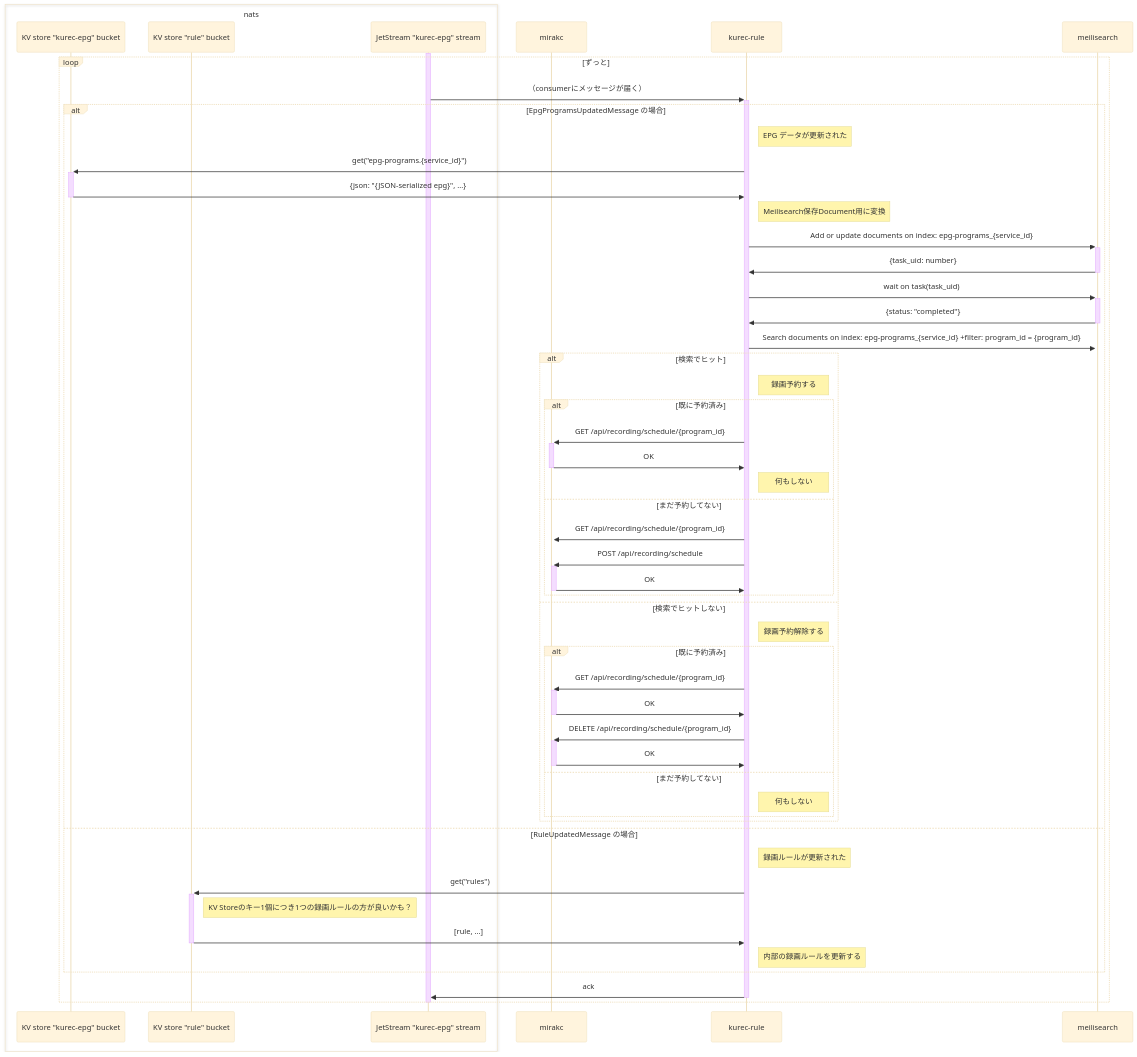
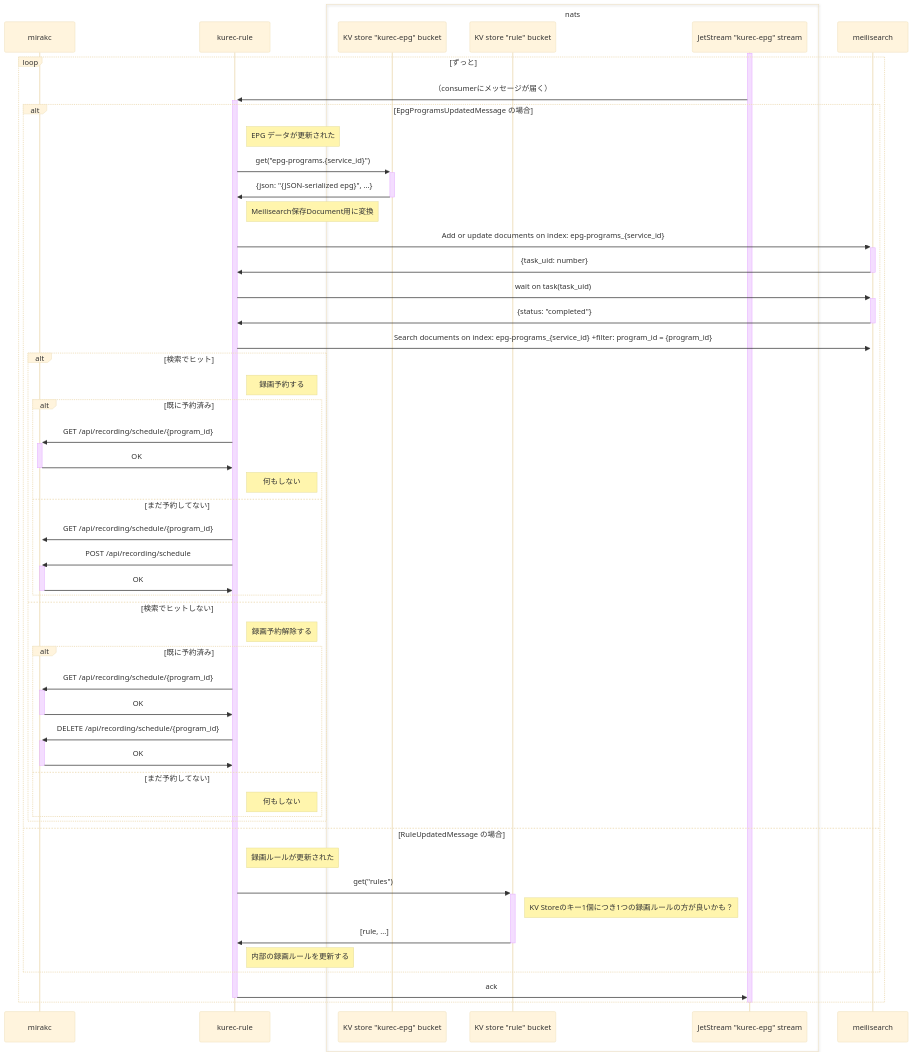
Before and after one commit to kurec-tool/kurec: the second of 3 diagrams in docs/sequence.md, drawn with Mermaid (base theme).

Commit message:
順序入れ替え

````diff
--- a/docs/sequence.md
+++ b/docs/sequence.md
@@ -57,66 +57,67 @@
 ```mermaid
 sequenceDiagram
+
+participant mirakc
+participant kurec-rule
+
 box nats
     participant kv-bucket-epg as KV store "kurec-epg" bucket
     participant kv-bucket-rule as KV store "rule" bucket
     participant js-epg as JetStream "kurec-epg" stream
 end
-
-participant mirakc
-participant kurec-rule
 
 participant meilisearch
 
 activate js-epg
 loop ずっと
     js-epg ->>+ kurec-rule: （consumerにメッセージが届く）
 
     alt EpgProgramsUpdatedMessage の場合
         note right of kurec-rule: EPG データが更新された
         kurec-rule ->>+ kv-bucket-epg: get("epg-programs.{service_id}")
         kv-bucket-epg ->>- kurec-rule: {json: "{JSON-serialized epg}", ...}
 
         note right of kurec-rule: Meilisearch保存Document用に変換
         kurec-rule ->>+ meilisearch: Add or update documents on index: epg-programs_{service_id}
         meilisearch ->>- kurec-rule: {task_uid: number}
 
         kurec-rule ->>+ meilisearch: wait on task(task_uid)
         meilisearch ->>- kurec-rule: {status: "completed"}
 
         kurec-rule ->>+ meilisearch: Search documents on index: epg-programs_{service_id} +filter: program_id = {program_id}
 
         alt 検索でヒット
             note right of kurec-rule: 録画予約する
             alt 既に予約済み
                 kurec-rule ->>+ mirakc: GET /api/recording/schedule/{program_id}
                 mirakc ->>- kurec-rule: OK
                 note right of kurec-rule: 何もしない
             else まだ予約してない
                 kurec-rule ->>+ mirakc: GET /api/recording/schedule/{program_id}
                 kurec-rule ->>+ mirakc: POST /api/recording/schedule
                 mirakc ->>- kurec-rule: OK
             end
         else 検索でヒットしない
             note right of kurec-rule: 録画予約解除する
             alt 既に予約済み
                 kurec-rule ->>+ mirakc: GET /api/recording/schedule/{program_id}
                 mirakc ->>- kurec-rule: OK
                 kurec-rule ->>+ mirakc: DELETE /api/recording/schedule/{program_id}
                 mirakc ->>- kurec-rule: OK
             else まだ予約してない
                 note right of kurec-rule: 何もしない
             end
         end
 
     else RuleUpdatedMessage の場合
         note right of kurec-rule: 録画ルールが更新された
         kurec-rule ->>+ kv-bucket-rule: get("rules")
         note right of kv-bucket-rule: KV Storeのキー1個につき1つの録画ルールの方が良いかも？
         kv-bucket-rule ->>- kurec-rule: [rule, ...]
         note right of kurec-rule: 内部の録画ルールを更新する
     end
 
     kurec-rule ->>- js-epg: ack
 end
 deactivate js-epg
 ```
````
